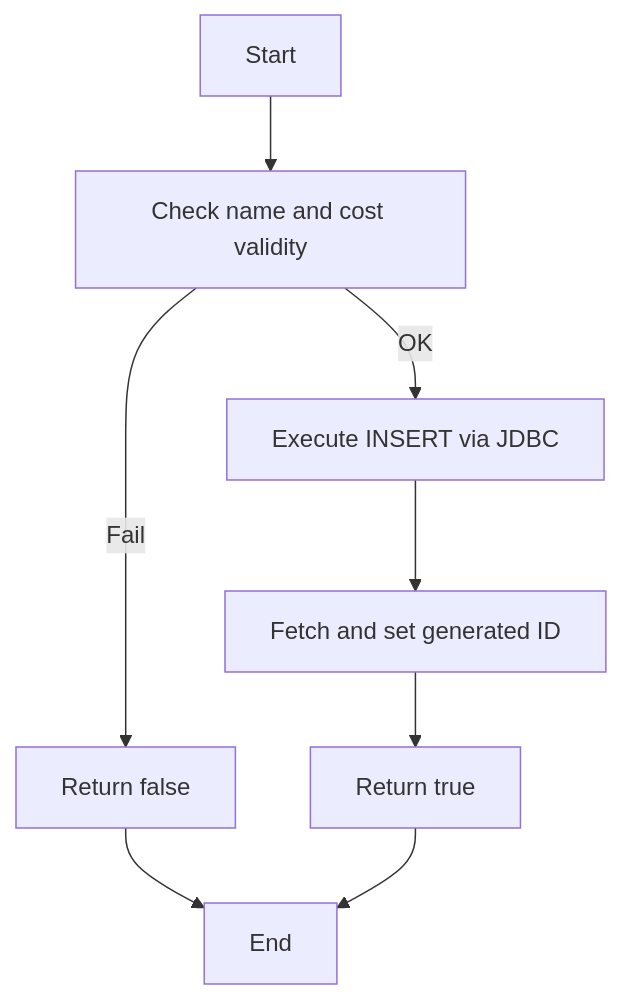
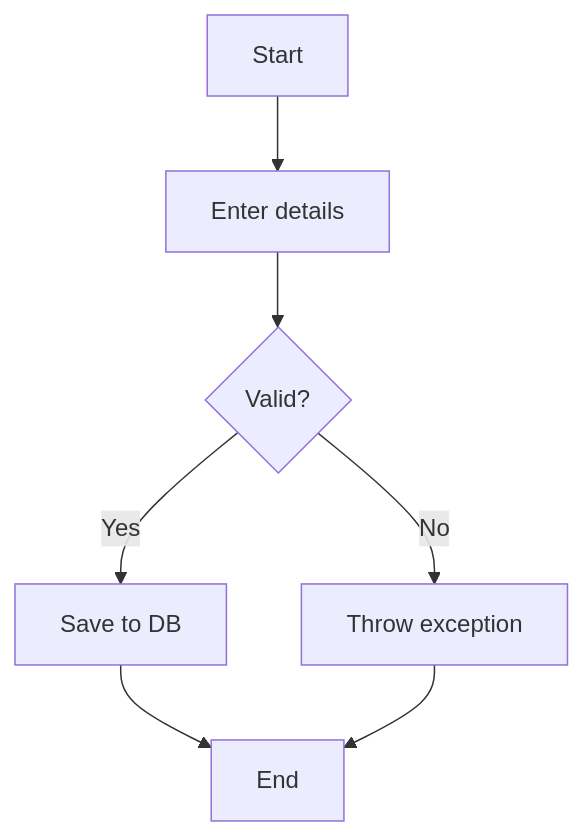
One commit to HashirOwais/NextPay-Subscription_Simplifed changed the fifth of 12 diagrams in TESTING.md. Above: the diagram before and after it, drawn with Mermaid. The commit also changed other lines of this file and 2 other files, not shown here.

````diff
--- a/TESTING.md
+++ b/TESTING.md
@@ -6,10 +153,7 @@
 ```mermaid
 flowchart TD
-  Start --> Validate[Check name and cost validity]
-  Validate -- OK --> Insert[Execute INSERT via JDBC]
-  Insert --> SetID[Fetch and set generated ID]
-  SetID --> ReturnTrue[Return true]
-  Validate -- Fail --> ReturnFalse[Return false]
-  ReturnFalse --> End
-  ReturnTrue --> End
+  Start --> Input[Enter details]
+  Input --> Check{Valid?}
+  Check -- Yes --> Save[Save to DB] --> End
+  Check -- No --> Error[Throw exception] --> End
 ```
````
